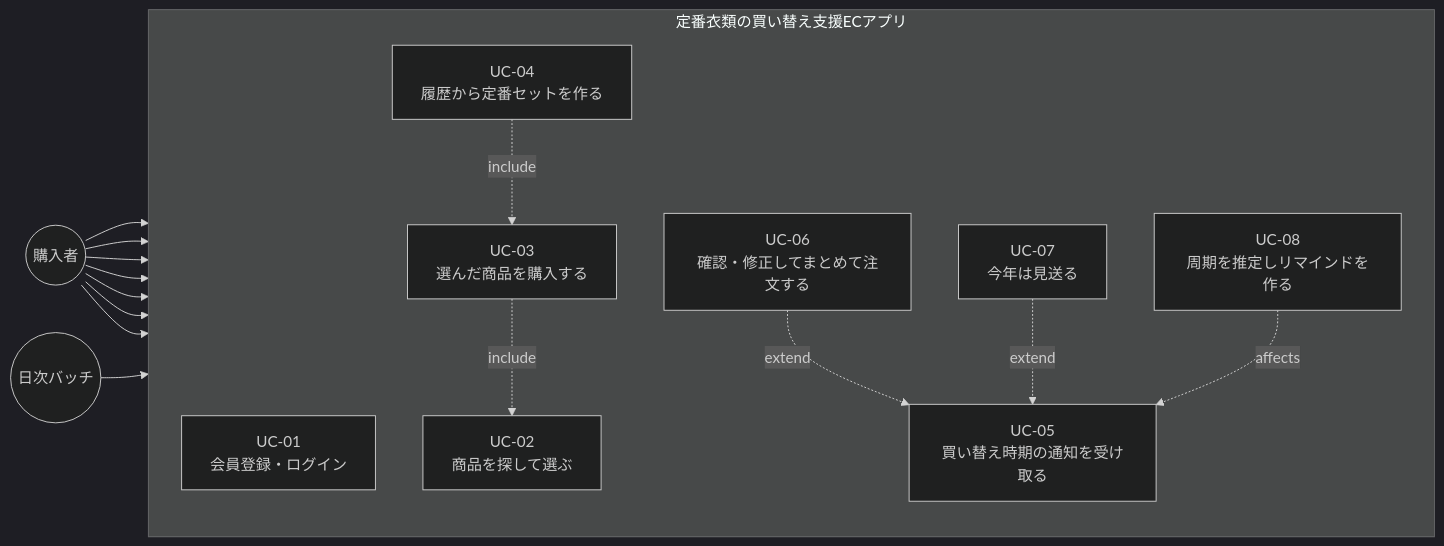
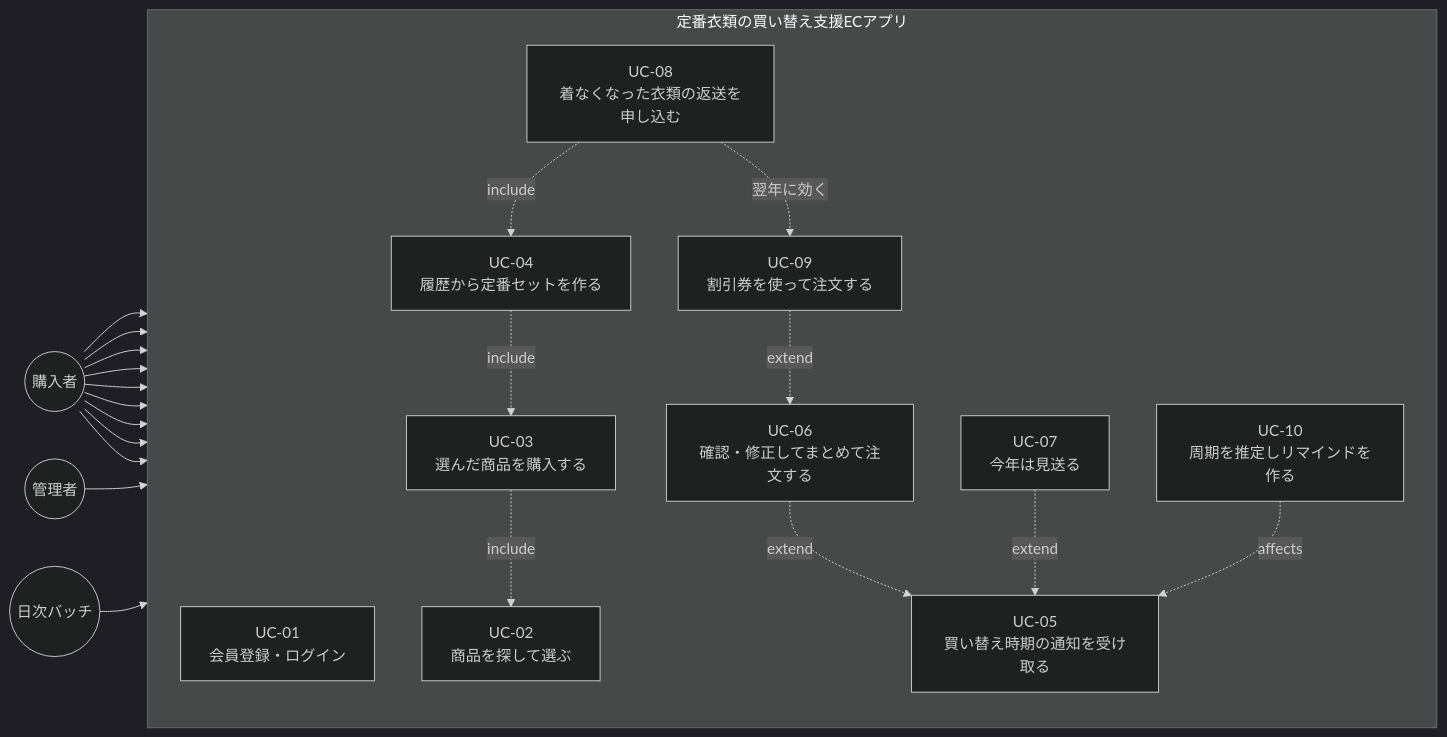
One commit to Nagaoka122/tech0-lv3-ec changed the second of 14 diagrams in 設計仕様書.md. Above: the diagram before and after it, drawn with Mermaid (dark theme). The commit also changed other lines of this file and 3 other files, not shown here.

````diff
--- a/設計仕様書.md
+++ b/設計仕様書.md
@@ -61,31 +62,40 @@
 ```mermaid
 flowchart LR
     C(("購入者"))
+    M(("管理者"))
     B(("日次バッチ"))
 
     subgraph SYS["定番衣類の買い替え支援ECアプリ"]
         direction TB
         UC1["UC-01<br/>会員登録・ログイン"]
         UC2["UC-02<br/>商品を探して選ぶ"]
         UC3["UC-03<br/>選んだ商品を購入する"]
         UC4["UC-04<br/>履歴から定番セットを作る"]
         UC5["UC-05<br/>買い替え時期の通知を受け取る"]
         UC6["UC-06<br/>確認・修正してまとめて注文する"]
         UC7["UC-07<br/>今年は見送る"]
-        UC8["UC-08<br/>周期を推定しリマインドを作る"]
+        UC8["UC-08<br/>着なくなった衣類の返送を申し込む"]
+        UC9["UC-09<br/>割引券を使って注文する"]
+        UC10["UC-10<br/>周期を推定しリマインドを作る"]
     end
 
     C --> UC1
     C --> UC2
     C --> UC3
     C --> UC4
     C --> UC5
     C --> UC6
     C --> UC7
-    B --> UC8
+    C --> UC8
+    C --> UC9
+    M --> UC8
+    B --> UC10
     UC3 -.->|include| UC2
     UC4 -.->|include| UC3
+    UC8 -.->|include| UC4
+    UC9 -.->|extend| UC6
     UC6 -.->|extend| UC5
     UC7 -.->|extend| UC5
-    UC8 -.->|affects| UC5
+    UC10 -.->|affects| UC5
+    UC8 -.->|"翌年に効く"| UC9
 ```
````
